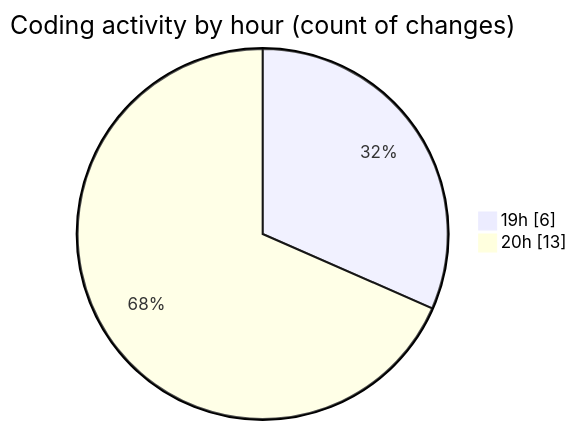
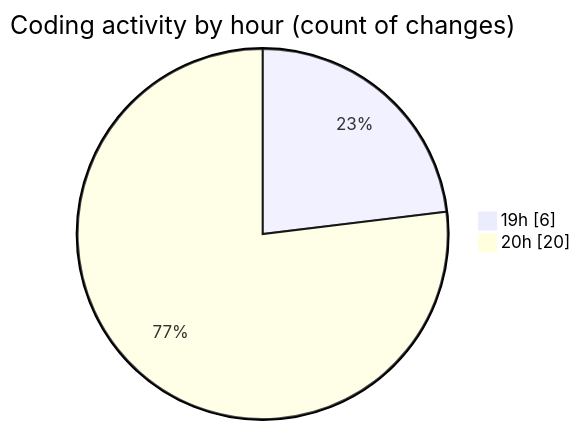
One commit to Elitesun/code-tracking changed the second of 2 diagrams in 2025-04-23/heypy/README.md. Above: the diagram before and after it, drawn with Mermaid. The commit also changed other lines of this file and 1 other file, not shown here.

````diff
--- a/2025-04-23/heypy/README.md
+++ b/2025-04-23/heypy/README.md
@@ -37,6 +37,6 @@
 ```mermaid
 pie showData
 title Coding activity by hour (count of changes)
 "19h" : 6
-"20h" : 13
+"20h" : 20
 ```
````
